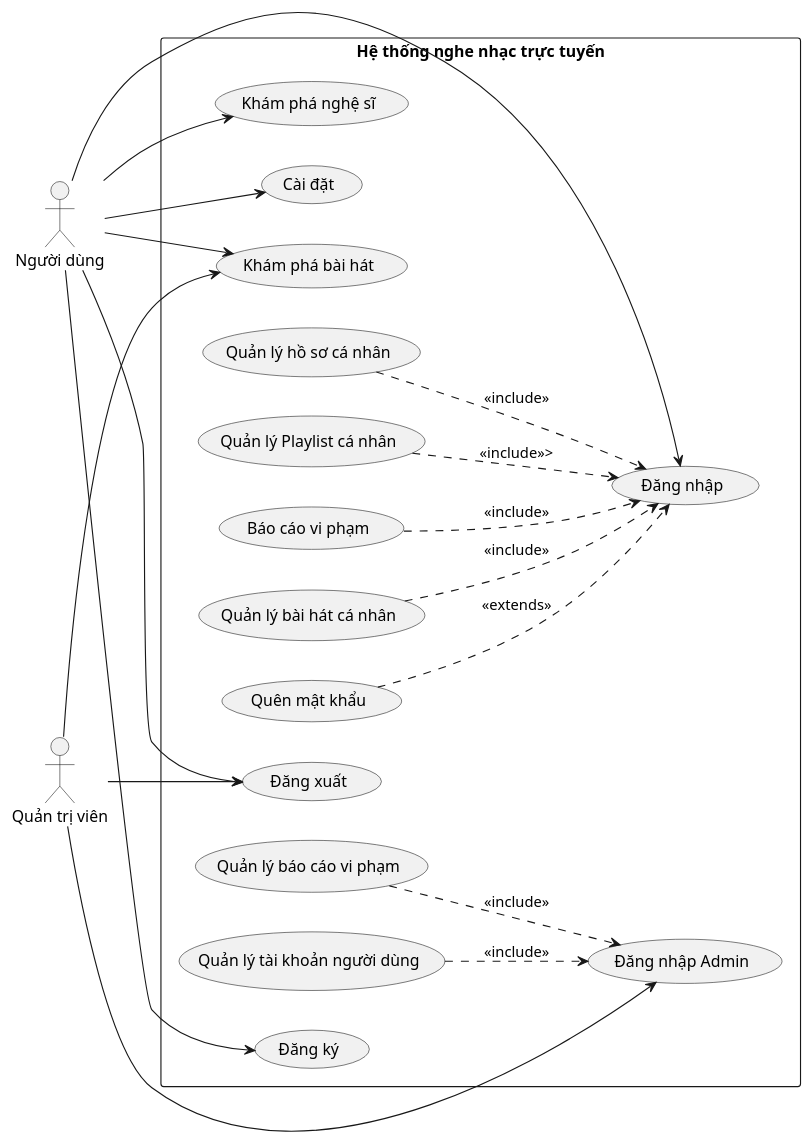
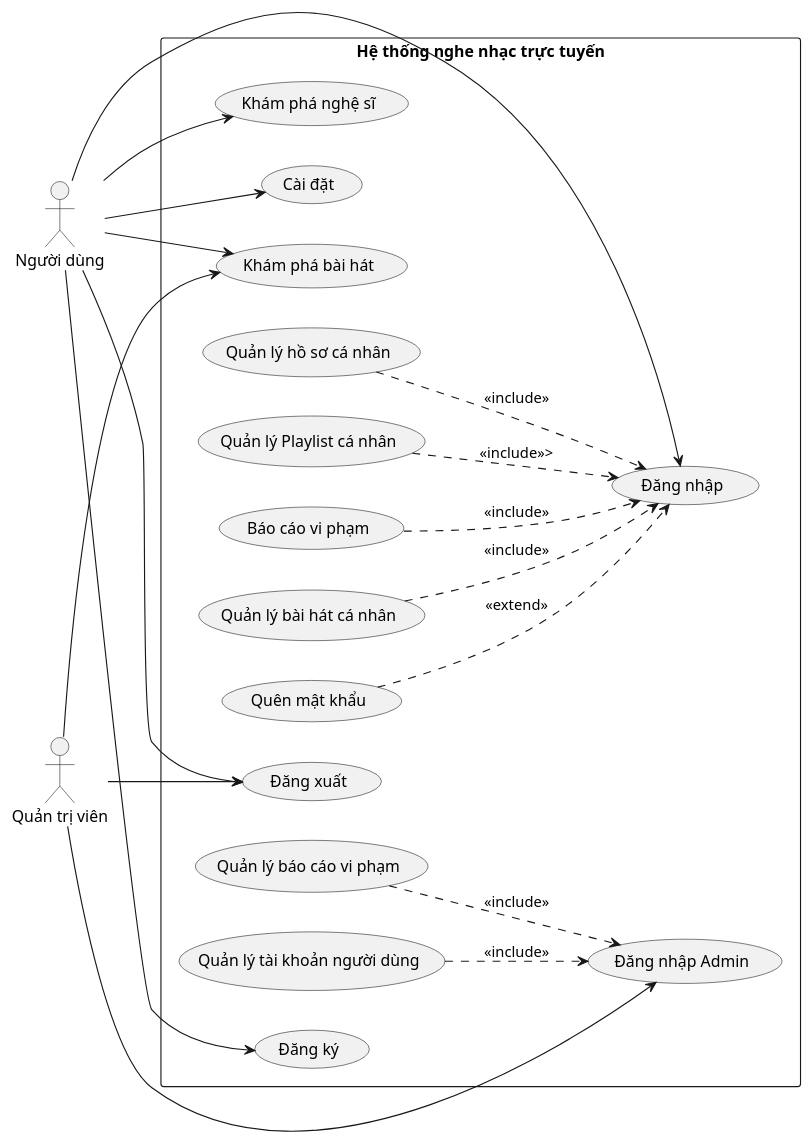
Before and after one commit to vinh047/soundwave: the diagram in Diagrams/UsecaseDiagram/ComprehensiveUsecaseDiagram.plantuml, drawn with PlantUML. The commit also changed 37 other files, not shown here.

Commit message:
Sừa BFD, Usecase, Đặc tả, Sequence, Class

```diff
--- a/Diagrams/UsecaseDiagram/ComprehensiveUsecaseDiagram.plantuml
+++ b/Diagrams/UsecaseDiagram/ComprehensiveUsecaseDiagram.plantuml
@@ -1,56 +1,56 @@
 @startuml Sơ Đồ Usecase Tổng Quát
 left to right direction
 
 ' Actor
 actor "Người dùng" as User
 actor "Quản trị viên" as Admin
 
 rectangle "Hệ thống nghe nhạc trực tuyến" {
   ' Use Case cho Khách
   (Khám phá bài hát) as UC_ExploreSongs
   (Khám phá nghệ sĩ) as UC_ExploreArtists
   (Đăng ký) as UC_Register
   (Đăng nhập) as UC_Login
   (Quên mật khẩu) as UC_ForgetPassword
 
   ' Use case cho User
   (Quản lý hồ sơ cá nhân) as UC_ManageProfile
   (Quản lý Playlist cá nhân) as UC_ManagePlaylist
   (Báo cáo vi phạm) as UC_Report
   (Quản lý bài hát cá nhân) as UC_ManageSongs
   (Cài đặt) as UC_Settings
 
   ' Use case cho Admin
   (Quản lý báo cáo vi phạm) as UC_HandleReport
   (Quản lý tài khoản người dùng) as UC_ManageUserAccount
   (Đăng nhập Admin) as UC_LoginAdmin
 
   ' Use case cho tất cả
   (Đăng xuất) as UC_Logout
 
   ' -- Mối quan hệ --
   ' Quan hệ <<extends>>
-  UC_ForgetPassword ..> UC_Login : <<extends>>
+  UC_ForgetPassword ..> UC_Login : <<extend>>
 
   ' Quan hệ <<include>>
   UC_ManageProfile ..> UC_Login : <<include>>
   UC_ManagePlaylist ..> UC_Login: <<include>>>
   UC_Report ..> UC_Login : <<include>>
   UC_ManageSongs ..> UC_Login : <<include>>
 
   UC_HandleReport ..> UC_LoginAdmin : <<include>>
   UC_ManageUserAccount ..> UC_LoginAdmin : <<include>>
 
   ' -- Gán các actor --
   User --> UC_ExploreSongs
   User --> UC_Register
   User --> UC_Login
   User --> UC_ExploreArtists
   User --> UC_Logout
   User --> UC_Settings
 
   Admin --> UC_LoginAdmin
   Admin --> UC_ExploreSongs
   Admin --> UC_Logout
 }
 @enduml
```
